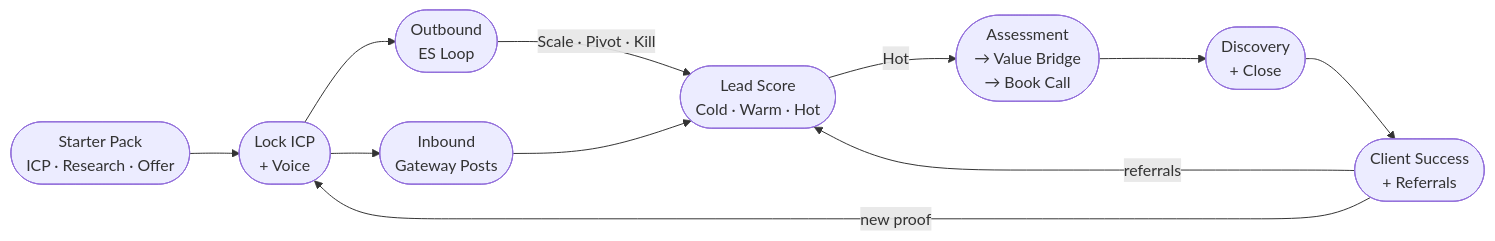
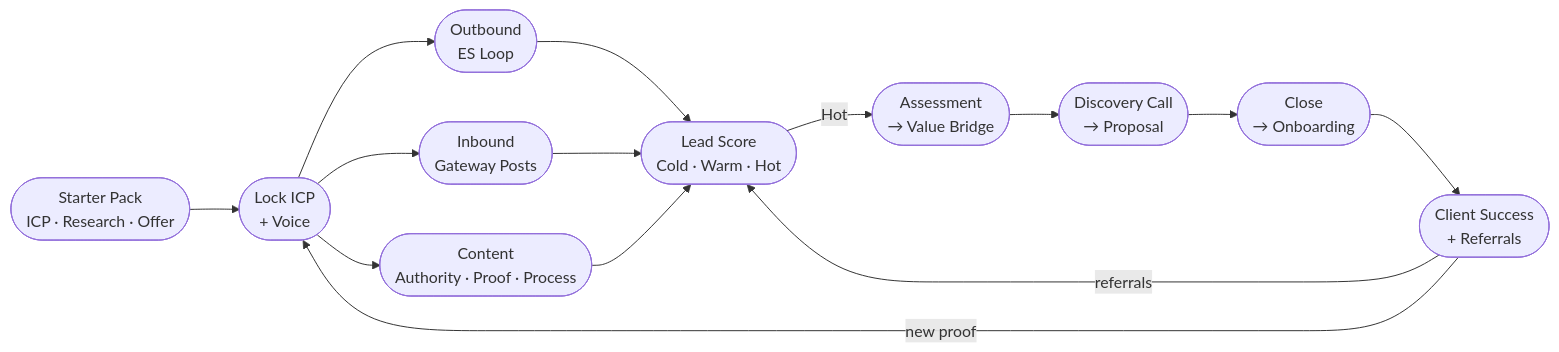
One commit to Sebastians007/b2bpraxis changed the diagram in README.md. Above: the diagram before and after it, drawn with Mermaid.

Commit message:
docs: update diagram — add content strategy track and explicit discovery/onboarding steps

````diff
--- a/README.md
+++ b/README.md
@@ -5,13 +5,16 @@
 ```mermaid
 flowchart LR
     SP([Starter Pack\nICP · Research · Offer]) --> ICP([Lock ICP\n+ Voice])
     ICP --> OB([Outbound\nES Loop])
     ICP --> IB([Inbound\nGateway Posts])
-    OB -->|Scale · Pivot · Kill| LS([Lead Score\nCold · Warm · Hot])
+    ICP --> CT([Content\nAuthority · Proof · Process])
+    OB --> LS([Lead Score\nCold · Warm · Hot])
     IB --> LS
-    LS -->|Hot| PC([Assessment\n→ Value Bridge\n→ Book Call])
-    PC --> DC([Discovery\n+ Close])
-    DC --> CS([Client Success\n+ Referrals])
+    CT --> LS
+    LS -->|Hot| PC([Assessment\n→ Value Bridge])
+    PC --> DC([Discovery Call\n→ Proposal])
+    DC --> ON([Close\n→ Onboarding])
+    ON --> CS([Client Success\n+ Referrals])
     CS -->|referrals| LS
     CS -->|new proof| ICP
 ```
````
